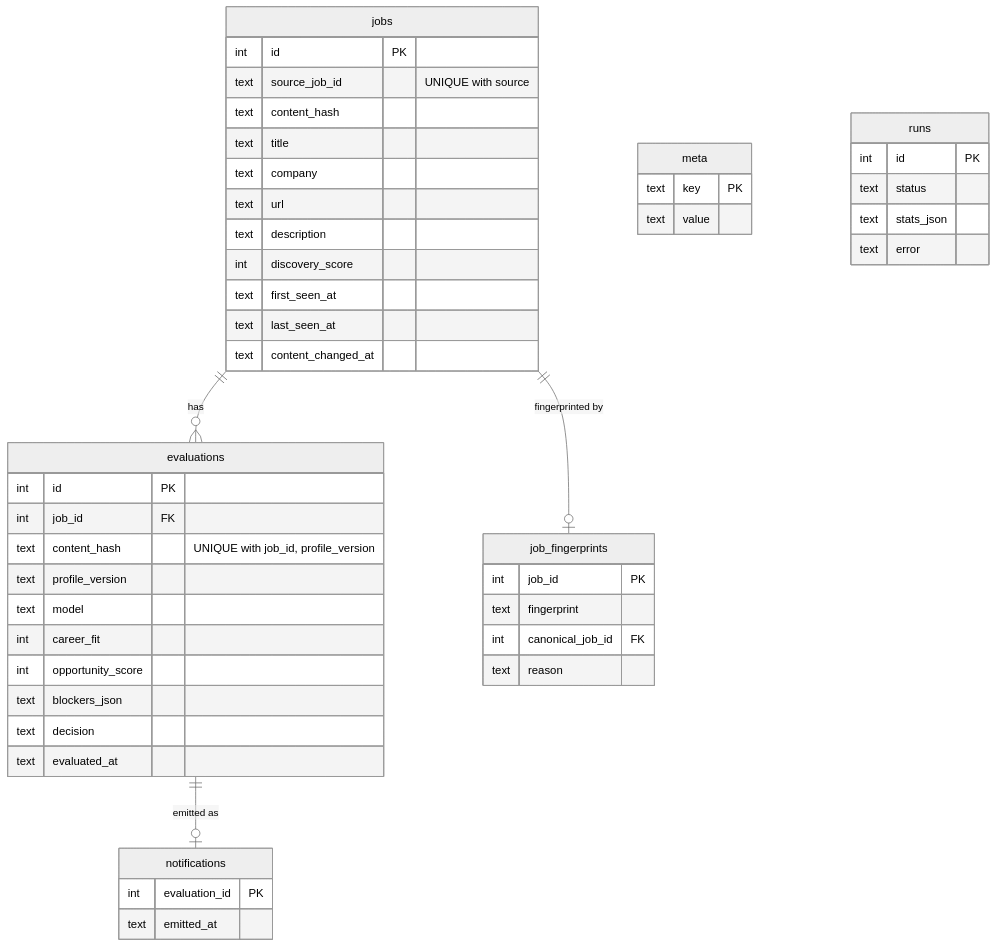
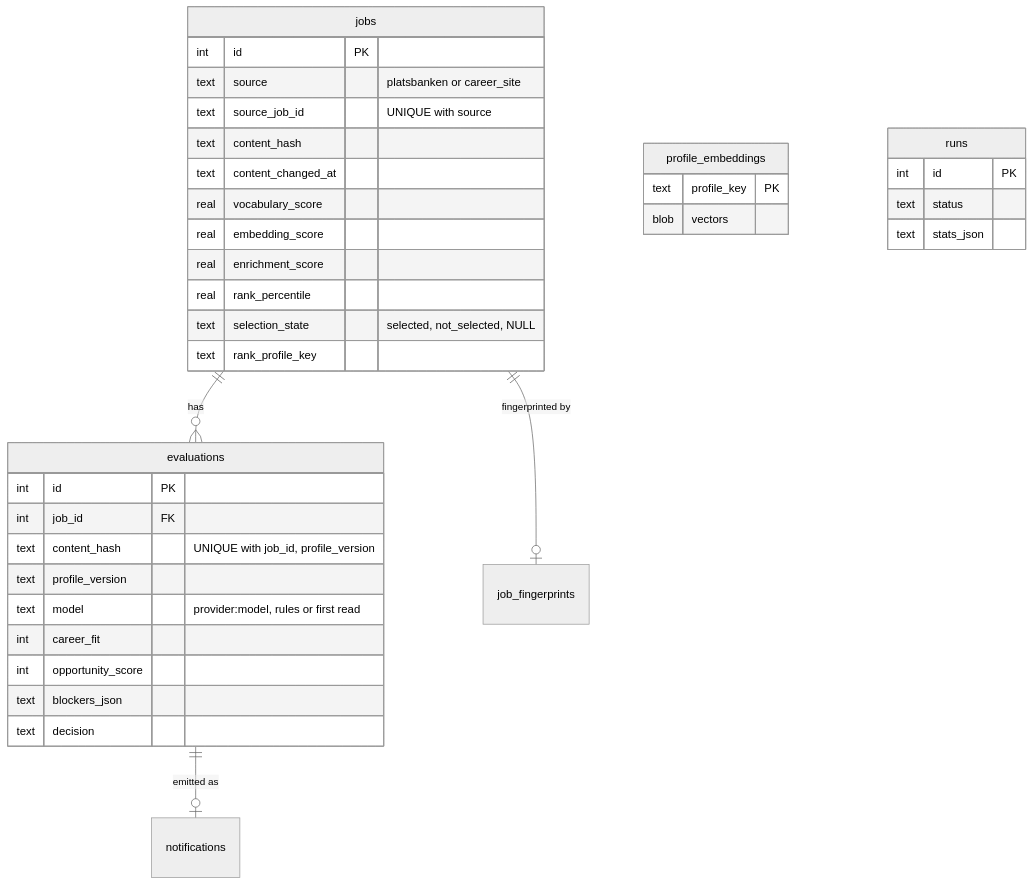
Before and after one commit to Aminhashemi-su/RoleLens: the second of 3 diagrams in docs/architecture.md, drawn with Mermaid (neutral theme). The commit also changed other lines of this file and 17 other files, not shown here.

First line of the commit message:
RoleLens 2.0: read the whole market, rank before judging

````diff
--- a/docs/architecture.md
+++ b/docs/architecture.md
@@ -73,51 +108,39 @@
 ```mermaid
 erDiagram
     jobs ||--o{ evaluations : "has"
     jobs ||--o| job_fingerprints : "fingerprinted by"
     evaluations ||--o| notifications : "emitted as"
-    meta {
-        text key PK
-        text value
-    }
     jobs {
         int id PK
+        text source "platsbanken or career_site"
         text source_job_id "UNIQUE with source"
         text content_hash
-        text title
-        text company
-        text url
-        text description
-        int discovery_score
-        text first_seen_at
-        text last_seen_at
         text content_changed_at
+        real vocabulary_score
+        real embedding_score
+        real enrichment_score
+        real rank_percentile
+        text selection_state "selected, not_selected, NULL"
+        text rank_profile_key
     }
     evaluations {
         int id PK
         int job_id FK
         text content_hash "UNIQUE with job_id, profile_version"
         text profile_version
-        text model
+        text model "provider:model, rules or first read"
         int career_fit
         int opportunity_score
         text blockers_json
         text decision
-        text evaluated_at
     }
-    job_fingerprints {
-        int job_id PK
-        text fingerprint
-        int canonical_job_id FK
-        text reason
-    }
-    notifications {
-        int evaluation_id PK
-        text emitted_at
+    profile_embeddings {
+        text profile_key PK
+        blob vectors
     }
     runs {
         int id PK
         text status
         text stats_json
-        text error
     }
 ```
````
